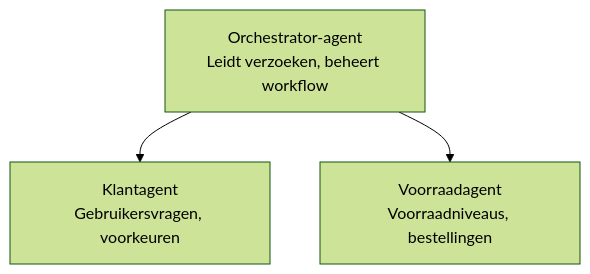
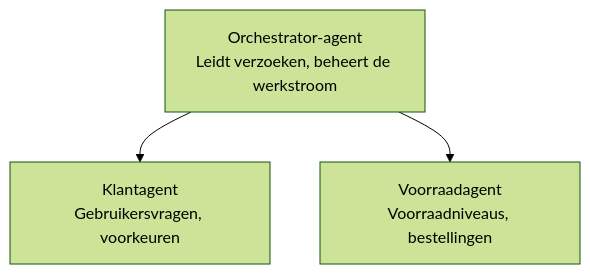
One commit to microsoft/AZD-for-beginners changed the diagram in translations/nl/docs/chapter-05-multi-agent/README.md. Above: the diagram before and after it, drawn with Mermaid (forest theme). The commit also changed other lines of this file and 101 other files, not shown here.

````diff
--- a/translations/nl/docs/chapter-05-multi-agent/README.md
+++ b/translations/nl/docs/chapter-05-multi-agent/README.md
@@ -50,5 +52,5 @@
 ```mermaid
 graph TD
-    Orchestrator[Orchestrator-agent<br/>Leidt verzoeken, beheert workflow] --> Customer[Klantagent<br/>Gebruikersvragen, voorkeuren]
+    Orchestrator[Orchestrator-agent<br/>Leidt verzoeken, beheert de werkstroom] --> Customer[Klantagent<br/>Gebruikersvragen, voorkeuren]
     Orchestrator --> Inventory[Voorraadagent<br/>Voorraadniveaus, bestellingen]
 ```
````
